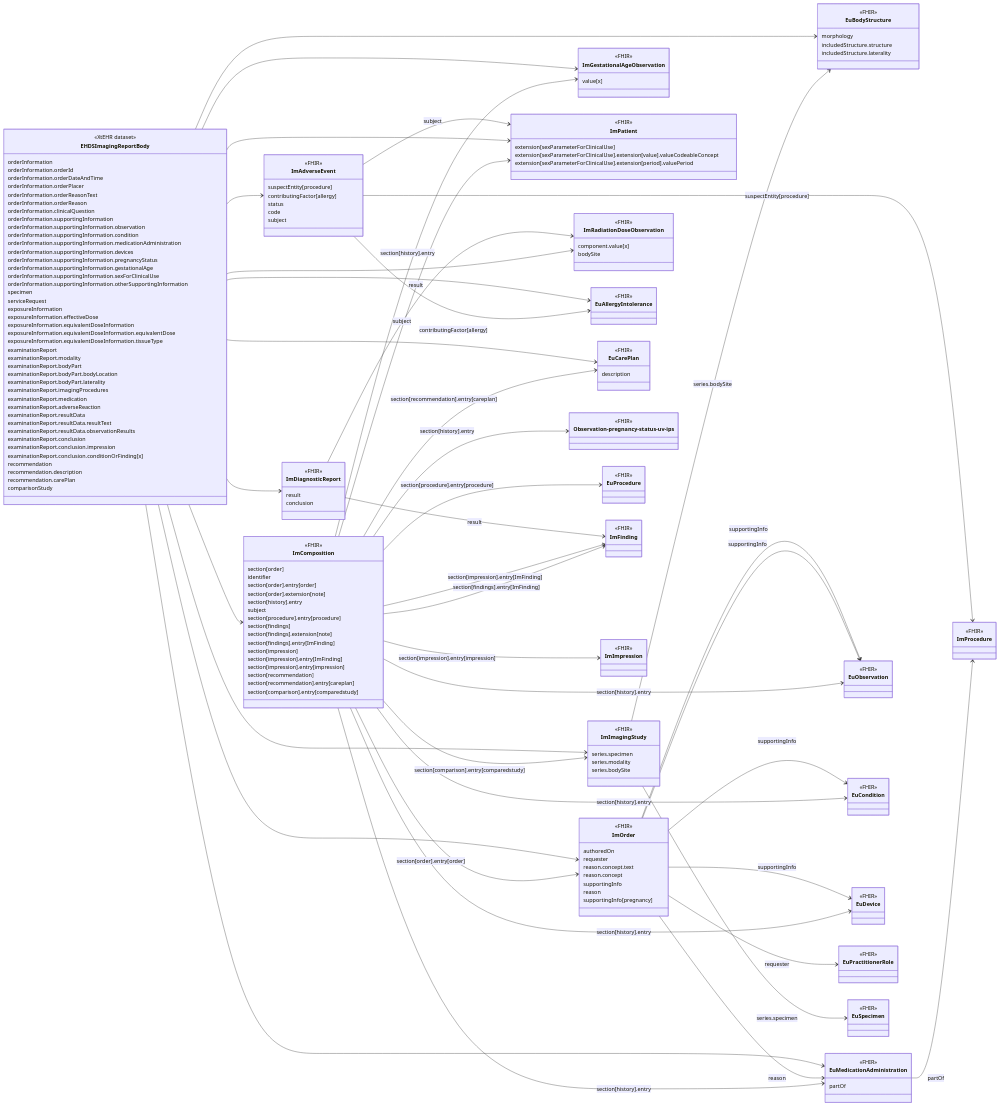
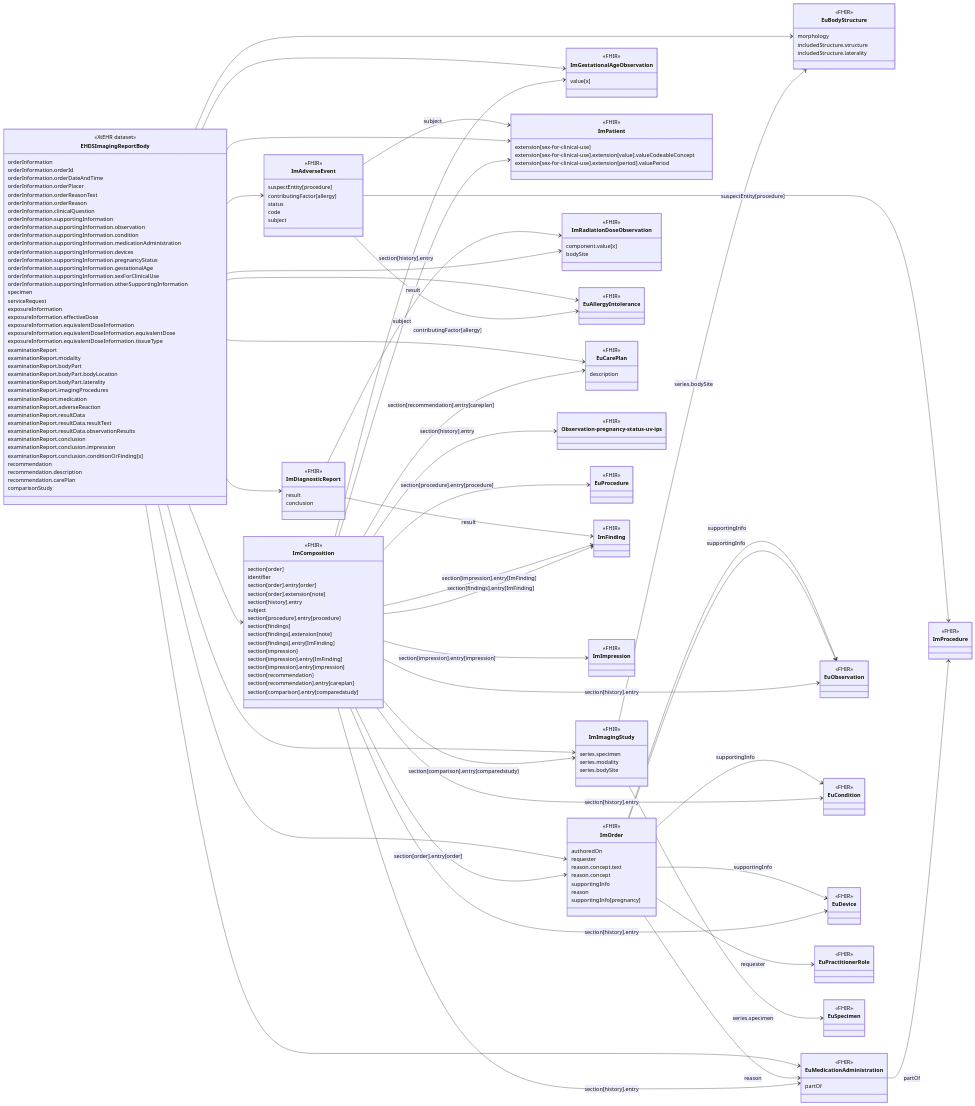
One commit to oijauregui/ehdsimaging changed the diagram in input/intro-notes/ConceptMap-EHDSImagingReportBodyMap-intro.md. Above: the diagram before and after it, drawn with Mermaid. The commit also changed 7 other files, not shown here.

Commit message:
Removed dupilcation of sec for clinical use extension on Patient

```diff
--- a/input/intro-notes/ConceptMap-EHDSImagingReportBodyMap-intro.md
+++ b/input/intro-notes/ConceptMap-EHDSImagingReportBodyMap-intro.md
@@ -88,9 +88,9 @@
 
 class ImPatient{
   <<FHIR>>
-  extension[sexParameterForClinicalUse]
-  extension[sexParameterForClinicalUse].extension[value].valueCodeableConcept
-  extension[sexParameterForClinicalUse].extension[period].valuePeriod
+  extension[sex-for-clinical-use]
+  extension[sex-for-clinical-use].extension[value].valueCodeableConcept
+  extension[sex-for-clinical-use].extension[period].valuePeriod
 }
 
 class ImImagingStudy{
```
